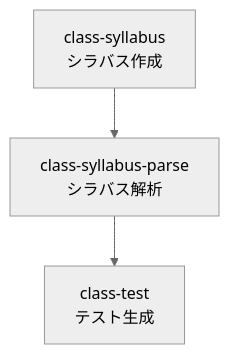
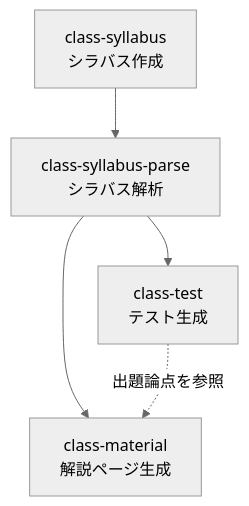
One commit to atsuki-seo/NITYC-MCC-Tools changed the diagram in README.md. Above: the diagram before and after it, drawn with Mermaid (neutral theme). The commit also changed other lines of this file and 3 other files, not shown here.

````diff
--- a/README.md
+++ b/README.md
@@ -43,5 +45,7 @@
 ```mermaid
 flowchart TD
     S[class-syllabus<br/>シラバス作成] --> P[class-syllabus-parse<br/>シラバス解析]
     P --> T[class-test<br/>テスト生成]
+    P --> M[class-material<br/>解説ページ生成]
+    T -.出題論点を参照.-> M
 ```
````
